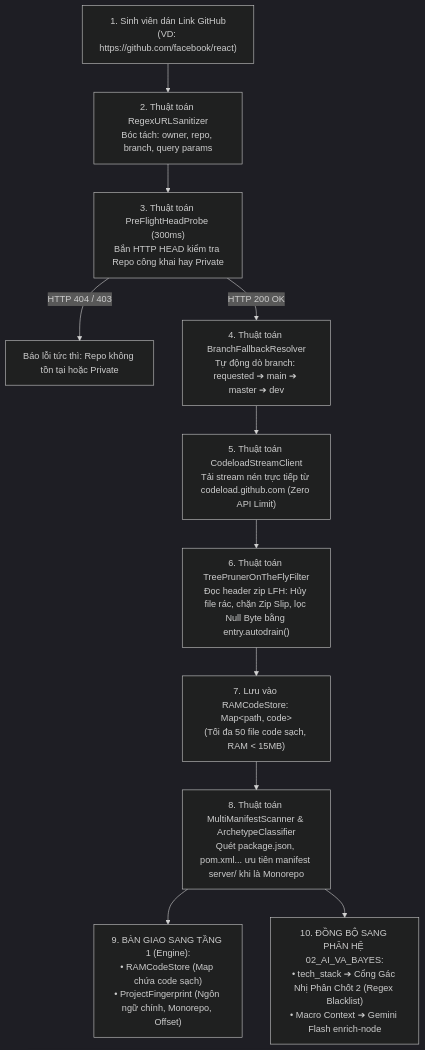
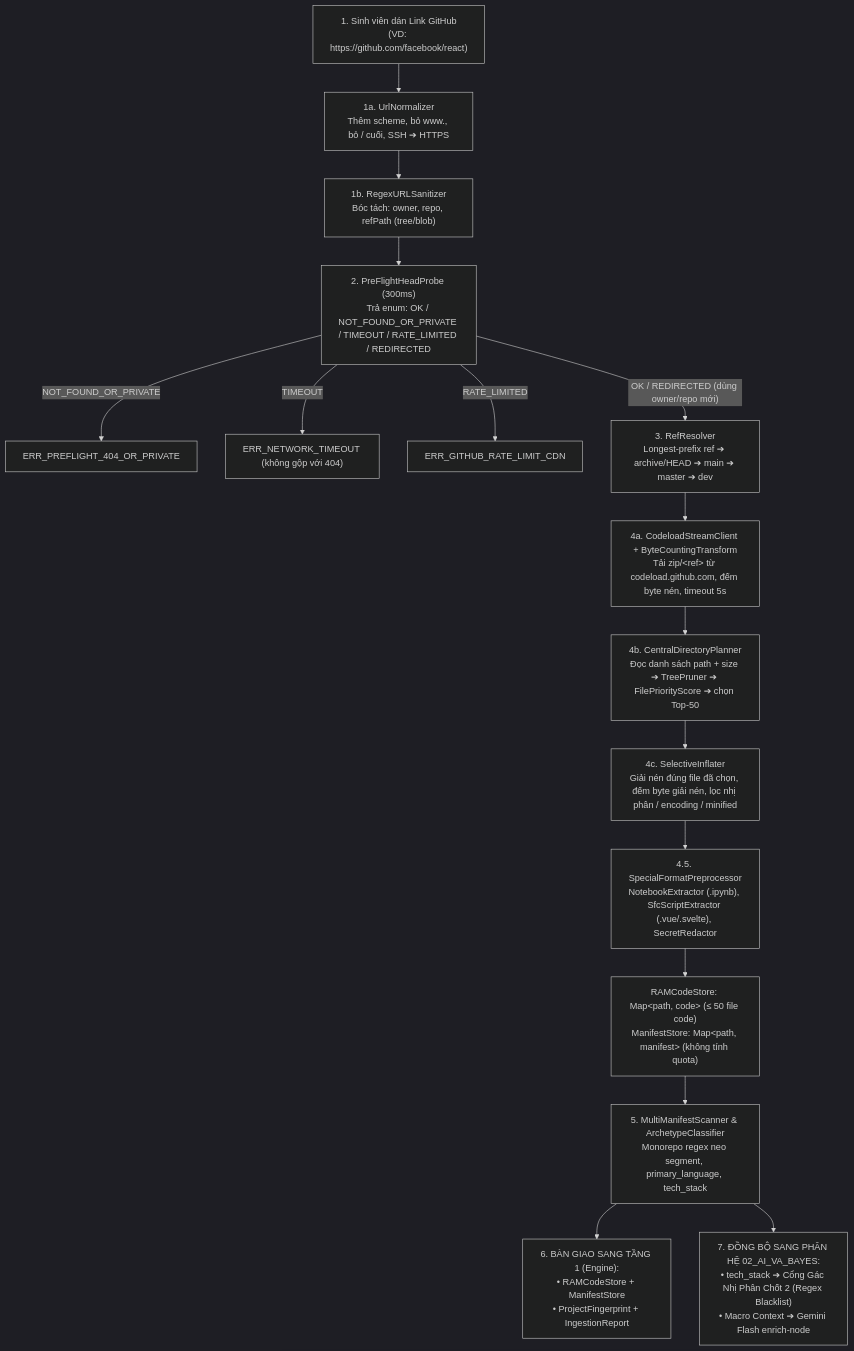
Before and after one commit to huynhthanhnhannnh-pixel/Hackathon_SGU: the diagram in 01_ENGINE_THUAT_TOAN/01_INGESTION_STREAM.md, drawn with Mermaid (dark theme). The commit also changed other lines of this file and 11 other files, not shown here.

````diff
--- a/01_ENGINE_THUAT_TOAN/01_INGESTION_STREAM.md
+++ b/01_ENGINE_THUAT_TOAN/01_INGESTION_STREAM.md
@@ -24,21 +25,28 @@
 ```mermaid
 flowchart TD
-    LinkInput["1. Sinh viên dán Link GitHub<br/>(VD: https://github.com/facebook/react)"] --> AlgSanitizer["2. Thuật toán RegexURLSanitizer<br/>Bóc tách: owner, repo, branch, query params"]
-    
-    AlgSanitizer --> AlgHeadProbe["3. Thuật toán PreFlightHeadProbe (300ms)<br/>Bắn HTTP HEAD kiểm tra Repo công khai hay Private"]
-    
-    AlgHeadProbe -- "HTTP 404 / 403" --> ErrModal["Báo lỗi tức thì: Repo không tồn tại hoặc Private"]
-    AlgHeadProbe -- "HTTP 200 OK" --> AlgBranch["4. Thuật toán BranchFallbackResolver<br/>Tự động dò branch: requested ➔ main ➔ master ➔ dev"]
+    LinkInput["1. Sinh viên dán Link GitHub<br/>(VD: https://github.com/facebook/react)"] --> AlgNormalize["1a. UrlNormalizer<br/>Thêm scheme, bỏ www., bỏ / cuối, SSH ➔ HTTPS"]
+    AlgNormalize --> AlgSanitizer["1b. RegexURLSanitizer<br/>Bóc tách: owner, repo, refPath (tree/blob)"]
 
-    AlgBranch --> AlgStream["5. Thuật toán CodeloadStreamClient<br/>Tải stream nén trực tiếp từ codeload.github.com (Zero API Limit)"]
-    
-    AlgStream --> AlgTreePruner["6. Thuật toán TreePrunerOnTheFlyFilter<br/>Đọc header zip LFH: Hủy file rác, chặn Zip Slip, lọc Null Byte bằng entry.autodrain()"]
+    AlgSanitizer --> AlgHeadProbe["2. PreFlightHeadProbe (300ms)<br/>Trả enum: OK / NOT_FOUND_OR_PRIVATE / TIMEOUT / RATE_LIMITED / REDIRECTED"]
 
-    AlgTreePruner --> StoreRAM["7. Lưu vào RAMCodeStore: Map&lt;path, code&gt;<br/>(Tối đa 50 file code sạch, RAM &lt; 15MB)"]
+    AlgHeadProbe -- "NOT_FOUND_OR_PRIVATE" --> ErrModal["ERR_PREFLIGHT_404_OR_PRIVATE"]
+    AlgHeadProbe -- "TIMEOUT" --> ErrNet["ERR_NETWORK_TIMEOUT (không gộp với 404)"]
+    AlgHeadProbe -- "RATE_LIMITED" --> ErrRate["ERR_GITHUB_RATE_LIMIT_CDN"]
+    AlgHeadProbe -- "OK / REDIRECTED (dùng owner/repo mới)" --> AlgBranch["3. RefResolver<br/>Longest-prefix ref ➔ archive/HEAD ➔ main ➔ master ➔ dev"]
 
-    StoreRAM --> AlgManifest["8. Thuật toán MultiManifestScanner & ArchetypeClassifier<br/>Quét package.json, pom.xml... ưu tiên manifest server/ khi là Monorepo"]
+    AlgBranch --> AlgStream["4a. CodeloadStreamClient + ByteCountingTransform<br/>Tải zip/&lt;ref&gt; từ codeload.github.com, đếm byte nén, timeout 5s"]
 
-    AlgManifest --> HandoverEngine["9. BÀN GIAO SANG TẦNG 1 (Engine):<br/>• RAMCodeStore (Map chứa code sạch)<br/>• ProjectFingerprint (Ngôn ngữ chính, Monorepo, Offset)"]
+    AlgStream --> AlgPlanner["4b. CentralDirectoryPlanner<br/>Đọc danh sách path + size ➔ TreePruner ➔ FilePriorityScore ➔ chọn Top-50"]
 
-    AlgManifest --> HandoverAI["10. ĐỒNG BỘ SANG PHÂN HỆ 02_AI_VA_BAYES:<br/>• tech_stack ➔ Cổng Gác Nhị Phân Chốt 2 (Regex Blacklist)<br/>• Macro Context ➔ Gemini Flash enrich-node"]
+    AlgPlanner --> AlgExtract["4c. SelectiveInflater<br/>Giải nén đúng file đã chọn, đếm byte giải nén, lọc nhị phân / encoding / minified"]
+
+    AlgExtract --> AlgSpecial["4.5. SpecialFormatPreprocessor<br/>NotebookExtractor (.ipynb), SfcScriptExtractor (.vue/.svelte), SecretRedactor"]
+
+    AlgSpecial --> StoreRAM["RAMCodeStore: Map&lt;path, code&gt; (≤ 50 file code)<br/>ManifestStore: Map&lt;path, manifest&gt; (không tính quota)"]
+
+    StoreRAM --> AlgManifest["5. MultiManifestScanner & ArchetypeClassifier<br/>Monorepo regex neo segment, primary_language, tech_stack"]
+
+    AlgManifest --> HandoverEngine["6. BÀN GIAO SANG TẦNG 1 (Engine):<br/>• RAMCodeStore + ManifestStore<br/>• ProjectFingerprint + IngestionReport"]
+
+    AlgManifest --> HandoverAI["7. ĐỒNG BỘ SANG PHÂN HỆ 02_AI_VA_BAYES:<br/>• tech_stack ➔ Cổng Gác Nhị Phân Chốt 2 (Regex Blacklist)<br/>• Macro Context ➔ Gemini Flash enrich-node"]
 ```
````
